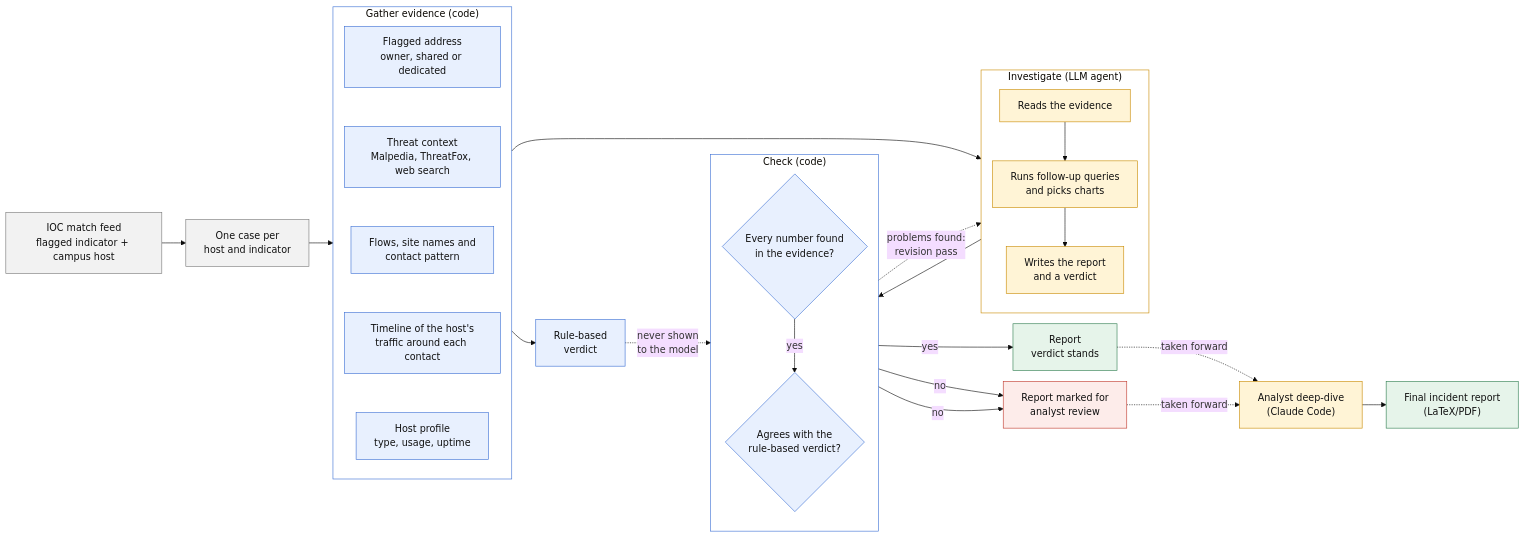
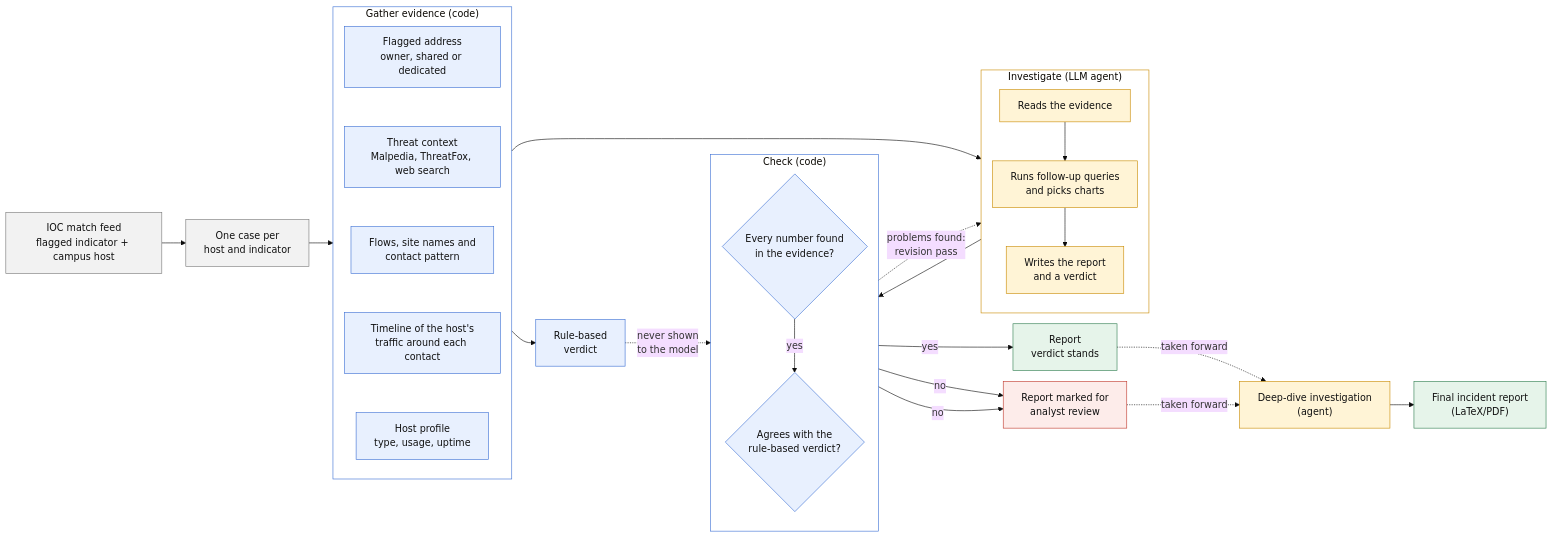
Before and after one commit to Benji-code/automated-ioc-investigator: the first of 2 diagrams in README.md, drawn with Mermaid (base theme). The commit also changed other lines of this file and 1 other file, not shown here.

````diff
--- a/README.md
+++ b/README.md
@@ -37,60 +39,60 @@
 ```mermaid
 %%{init: {"flowchart": {"nodeSpacing": 18, "rankSpacing": 40}}}%%
 flowchart LR
     feed["IOC match feed<br/>flagged indicator + campus host"] --> cases["One case per<br/>host and indicator"]
     cases --> gather
 
     subgraph gather["Gather evidence (code)"]
         direction TB
         g1["Flagged address<br/>owner, shared or dedicated"]
         g5["Threat context<br/>Malpedia, ThreatFox, web search"]
         g2["Flows, site names and<br/>contact pattern"]
         g3["Timeline of the host's<br/>traffic around each contact"]
         g4["Host profile<br/>type, usage, uptime"]
         g1 ~~~ g5 ~~~ g2 ~~~ g3 ~~~ g4
     end
 
     gather --> investigate
     gather --> rules["Rule-based<br/>verdict"]
 
     subgraph investigate["Investigate (LLM agent)"]
         direction TB
         m1["Reads the evidence"]
         m2["Runs follow-up queries<br/>and picks charts"]
         m3["Writes the report<br/>and a verdict"]
         m1 --> m2 --> m3
     end
 
     investigate --> check
 
     subgraph check["Check (code)"]
         direction TB
         c1{"Every number found<br/>in the evidence?"}
         c2{"Agrees with the<br/>rule-based verdict?"}
         c1 -- yes --> c2
     end
 
     rules -. "never shown<br/>to the model" .-> c2
     check -. "problems found:<br/>revision pass" .-> investigate
     c2 -- yes --> done["Report<br/>verdict stands"]
     c1 -- no --> review["Report marked for<br/>analyst review"]
     c2 -- no --> review
 
-    done -. "taken forward" .-> deep["Analyst deep-dive<br/>(Claude Code)"]
+    done -. "taken forward" .-> deep["Deep-dive investigation<br/>(agent)"]
     review -. "taken forward" .-> deep
     deep --> final["Final incident report<br/>(LaTeX/PDF)"]
 
     classDef code fill:#e8f0fe,stroke:#3b6fd4,color:#111
     classDef model fill:#fff4d6,stroke:#c98a00,color:#111
     classDef io fill:#f2f2f2,stroke:#777,color:#111
     classDef good fill:#e6f4ea,stroke:#2e7d4f,color:#111
     classDef warn fill:#fdecea,stroke:#c0392b,color:#111
     class g1,g2,g3,g4,g5,c1,c2,rules code
     class m1,m2,m3,deep model
     class feed,cases io
     class done,final good
     class review warn
     style gather fill:none,stroke:#3b6fd4
     style investigate fill:none,stroke:#c98a00
     style check fill:none,stroke:#3b6fd4
 ```
````
